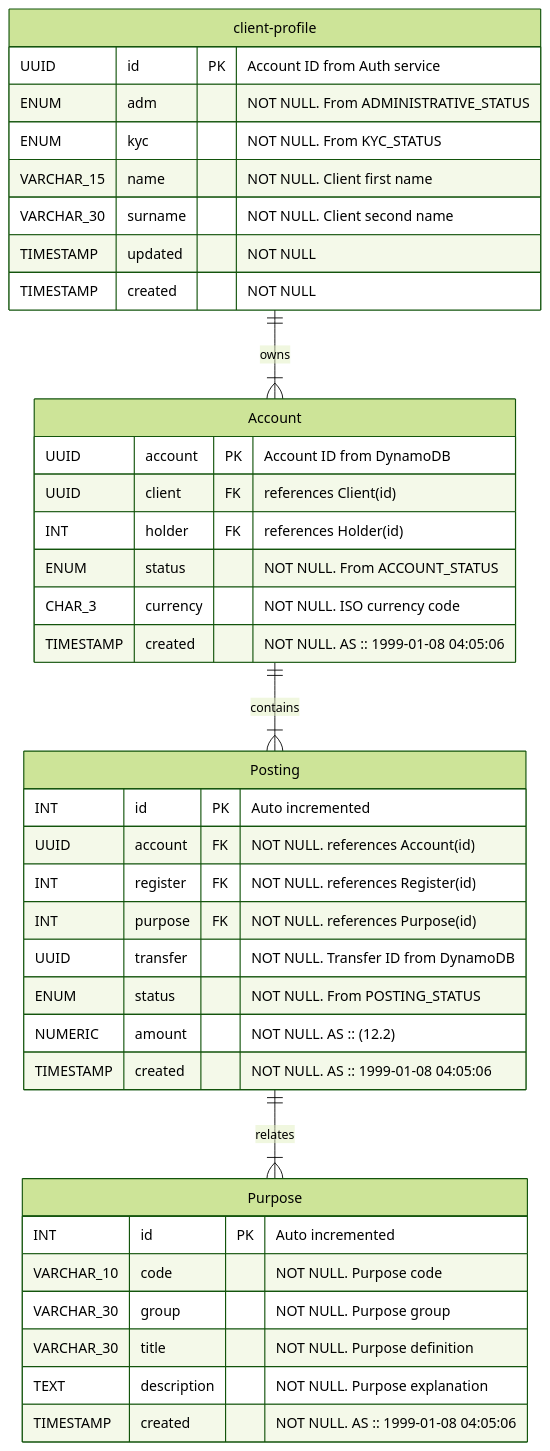
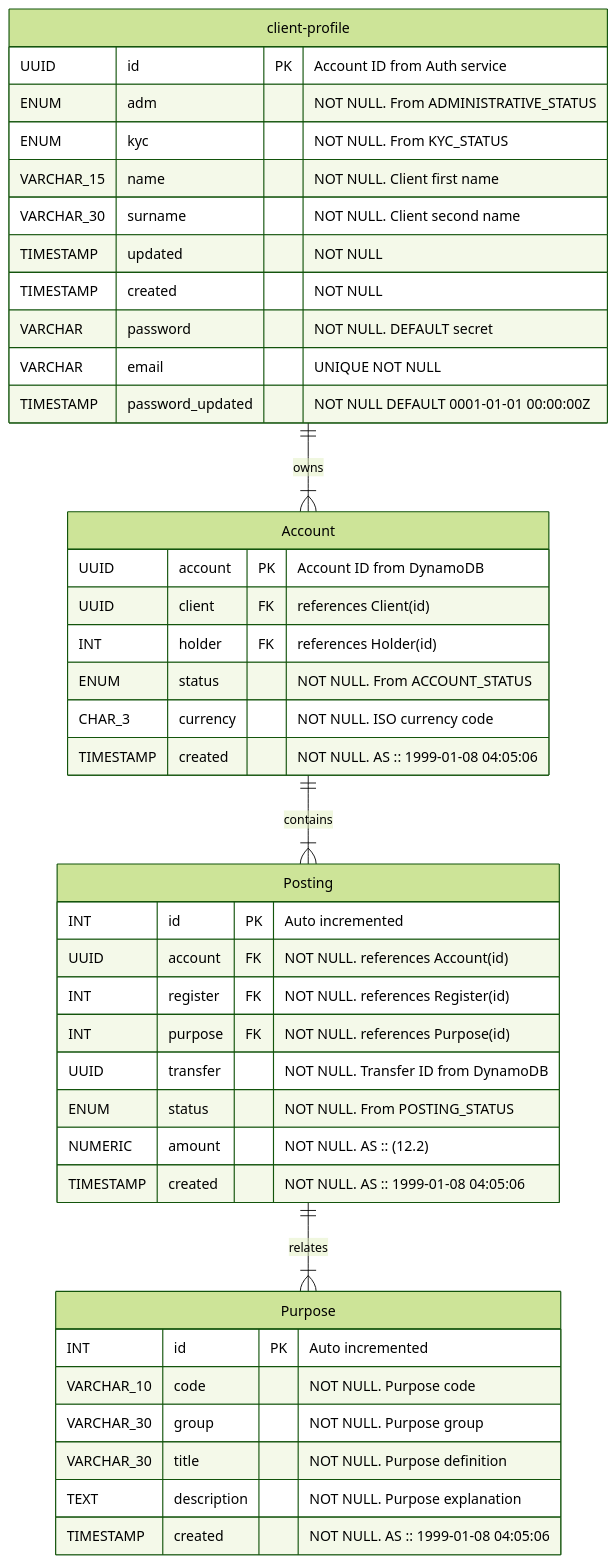
One commit to Odvin/go-accounting-service changed the diagram in docs/entities/accounting-rds-generalized.mmd. Above: the diagram before and after it, drawn with Mermaid (forest theme). The commit also changed 8 other files, not shown here.

```diff
--- a/docs/entities/accounting-rds-generalized.mmd
+++ b/docs/entities/accounting-rds-generalized.mmd
@@ -1,39 +1,42 @@
 erDiagram
   client-profile ||--|{ Account : owns
   Account ||--|{ Posting : contains
   Posting ||--|{ Purpose : relates
   client-profile {
     UUID id PK "Account ID from Auth service"
     ENUM adm "NOT NULL. From ADMINISTRATIVE_STATUS"
     ENUM kyc "NOT NULL. From KYC_STATUS"
     VARCHAR_15 name "NOT NULL. Client first name"
     VARCHAR_30 surname "NOT NULL. Client second name"
     TIMESTAMP updated "NOT NULL"
     TIMESTAMP created "NOT NULL"
+    VARCHAR password "NOT NULL. DEFAULT secret"
+    VARCHAR email "UNIQUE NOT NULL"
+    TIMESTAMP password_updated "NOT NULL DEFAULT 0001-01-01 00:00:00Z"
   }
   Account {
     UUID account PK "Account ID from DynamoDB"
     UUID client FK "references Client(id)"
     INT holder FK "references Holder(id)"
     ENUM status "NOT NULL. From ACCOUNT_STATUS"
     CHAR_3 currency "NOT NULL. ISO currency code"
     TIMESTAMP created "NOT NULL. AS :: 1999-01-08 04:05:06"
   }
   Purpose {
     INT id PK "Auto incremented"
     VARCHAR_10 code "NOT NULL. Purpose code"
     VARCHAR_30 group "NOT NULL. Purpose group"
     VARCHAR_30 title "NOT NULL. Purpose definition"
     TEXT description "NOT NULL. Purpose explanation"
     TIMESTAMP created "NOT NULL. AS :: 1999-01-08 04:05:06"
   }
   Posting {
     INT id PK "Auto incremented"
     UUID account FK "NOT NULL. references Account(id)"
     INT register FK "NOT NULL. references Register(id)"
     INT purpose FK "NOT NULL. references Purpose(id)"
     UUID transfer "NOT NULL. Transfer ID from DynamoDB"
     ENUM status "NOT NULL. From POSTING_STATUS"
     NUMERIC amount "NOT NULL. AS :: (12.2)"
     TIMESTAMP created "NOT NULL. AS :: 1999-01-08 04:05:06"
   }
```
